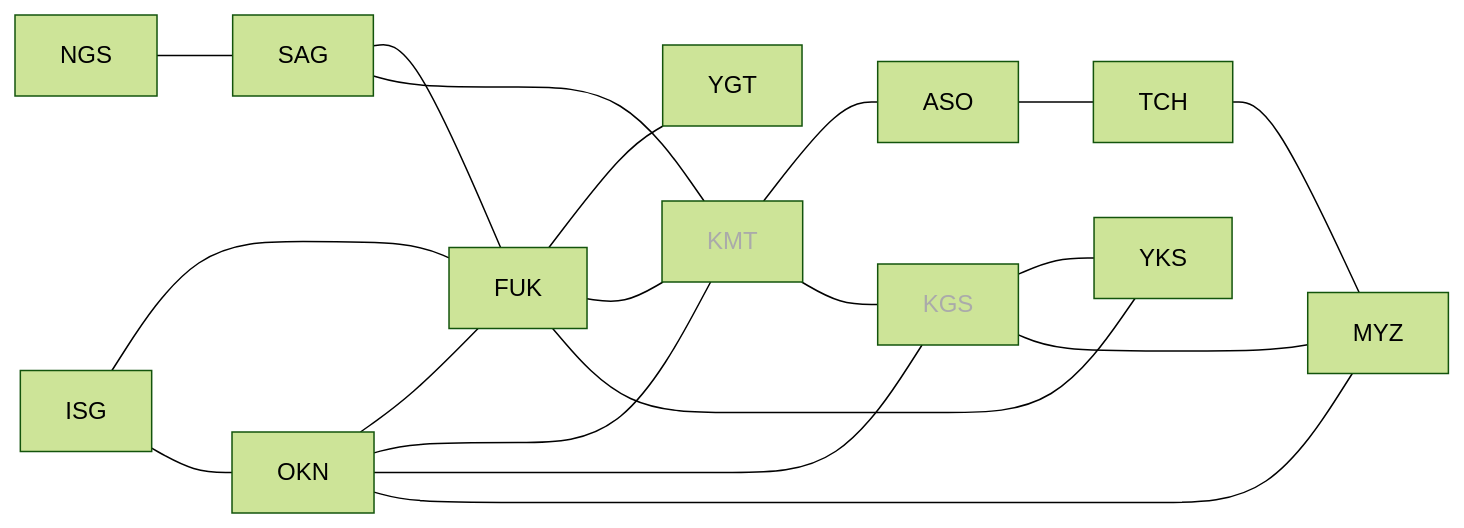
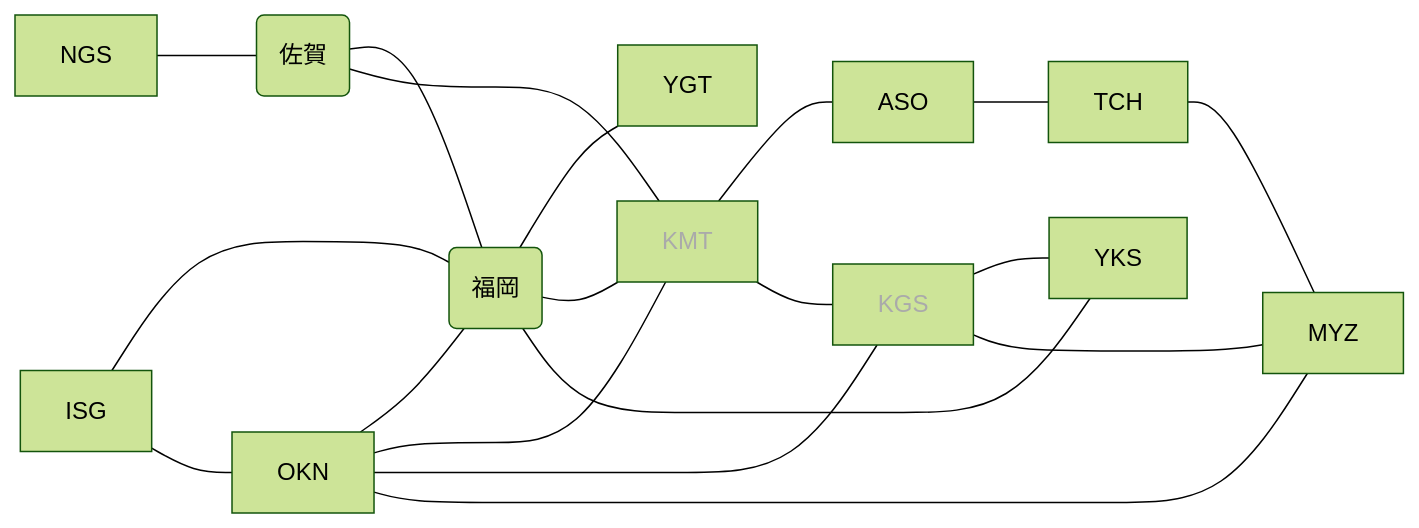
One commit to kendid/text-tests changed the third of 3 diagrams in README.md. Above: the diagram before and after it, drawn with Mermaid (forest theme).

````diff
--- a/README.md
+++ b/README.md
@@ -44,23 +44,23 @@
 ```mermaid
 flowchart LR
-    FUK --- YGT
-    SAG --- FUK
+    FUK(福岡) --- YGT
+    SAG(佐賀) --- FUK
     NGS --- SAG
     FUK --- KMT
     SAG --- KMT
     KMT --- ASO
     ASO --- TCH
     TCH --- MYZ
     KMT --- KGS
     KGS --- YKS
     KGS --- MYZ
     FUK --- YKS
     OKN --- FUK
     OKN --- KMT
     OKN --- KGS
     OKN --- MYZ
     ISG --- FUK
     ISG --- OKN
     style KMT color:#aaa
     style KGS color:#aaa
 ```
````
